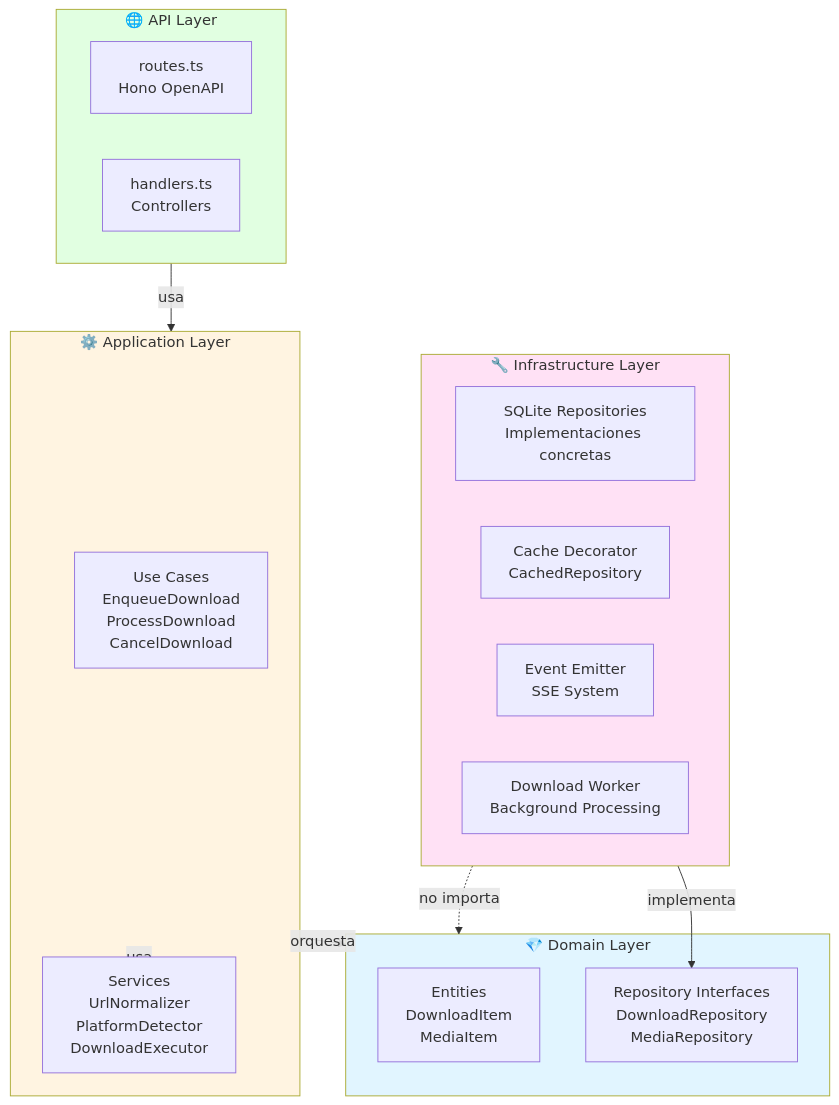
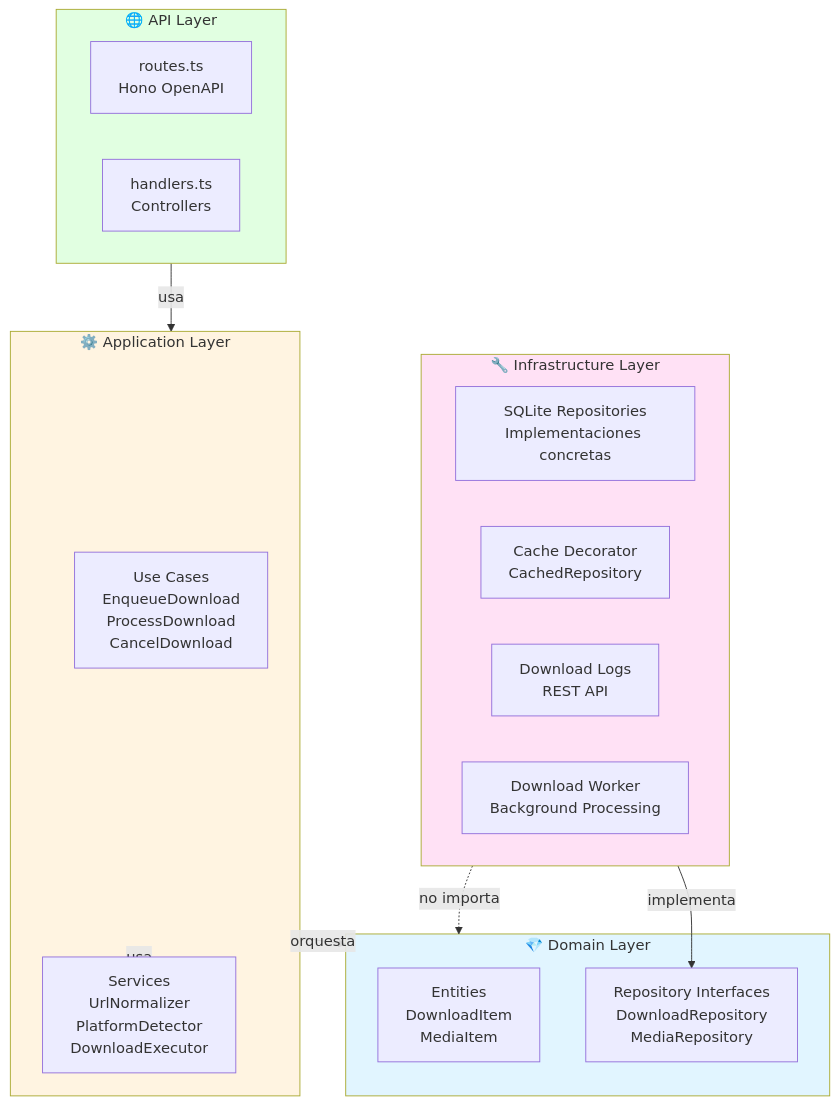
One commit to ansango/possumm changed the diagram in server/docs/architecture.md. Above: the diagram before and after it, drawn with Mermaid. The commit also changed other lines of this file and 28 other files, not shown here.

First line of the commit message:
feat: implement download logging system

````diff
--- a/server/docs/architecture.md
+++ b/server/docs/architecture.md
@@ -7,35 +7,35 @@
 ```mermaid
 graph TB
     subgraph API["🌐 API Layer"]
         Routes[routes.ts<br/>Hono OpenAPI]
         Handlers[handlers.ts<br/>Controllers]
     end
     
     subgraph Application["⚙️ Application Layer"]
         UseCases[Use Cases<br/>EnqueueDownload<br/>ProcessDownload<br/>CancelDownload]
         Services[Services<br/>UrlNormalizer<br/>PlatformDetector<br/>DownloadExecutor]
     end
     
     subgraph Domain["💎 Domain Layer"]
         Entities[Entities<br/>DownloadItem<br/>MediaItem]
         Interfaces[Repository Interfaces<br/>DownloadRepository<br/>MediaRepository]
     end
     
     subgraph Infrastructure["🔧 Infrastructure Layer"]
         SQLite[SQLite Repositories<br/>Implementaciones concretas]
         Cache[Cache Decorator<br/>CachedRepository]
-        Events[Event Emitter<br/>SSE System]
+        Logs[Download Logs<br/>REST API]
         Worker[Download Worker<br/>Background Processing]
     end
     
     API -->|usa| Application
     Application -->|orquesta| Domain
     Application -->|usa| Services
     Infrastructure -->|implementa| Interfaces
     Infrastructure -.->|no importa| Domain
     
     style Domain fill:#e1f5ff
     style Application fill:#fff4e1
     style Infrastructure fill:#ffe1f5
     style API fill:#e1ffe1
 ```
````
